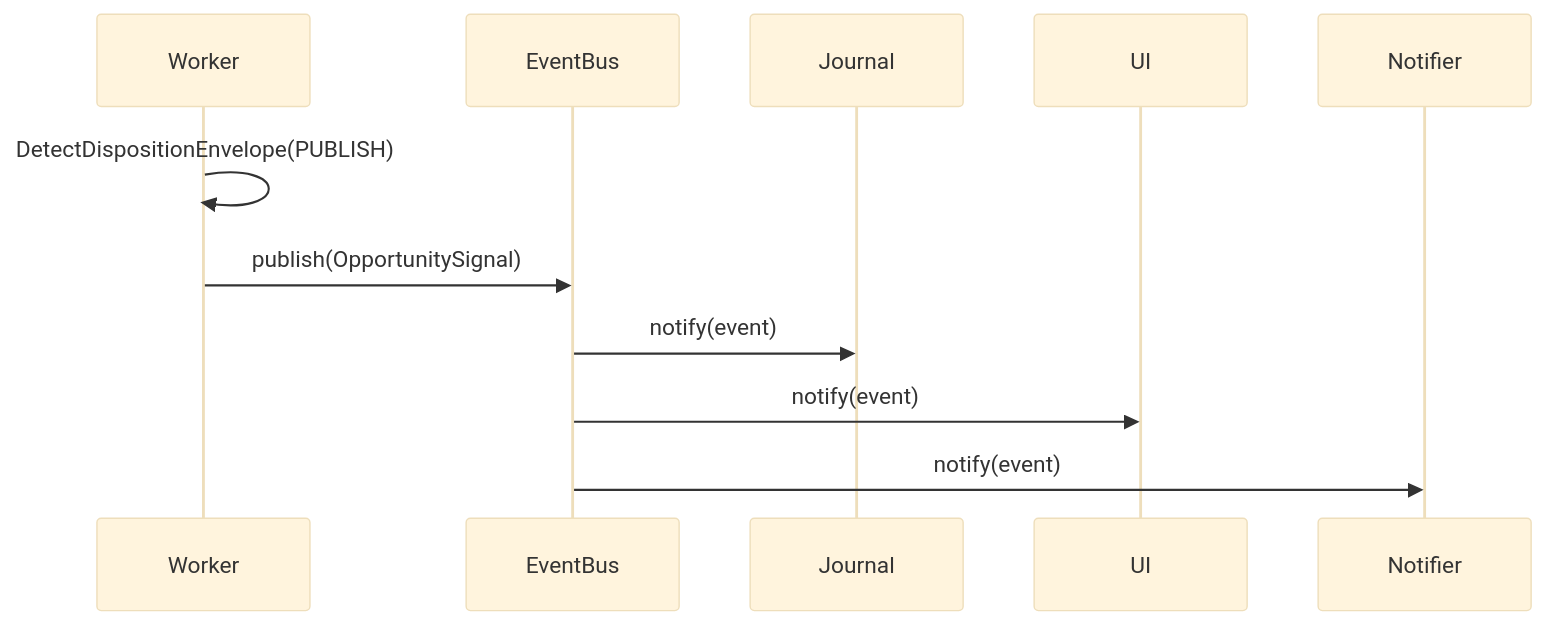
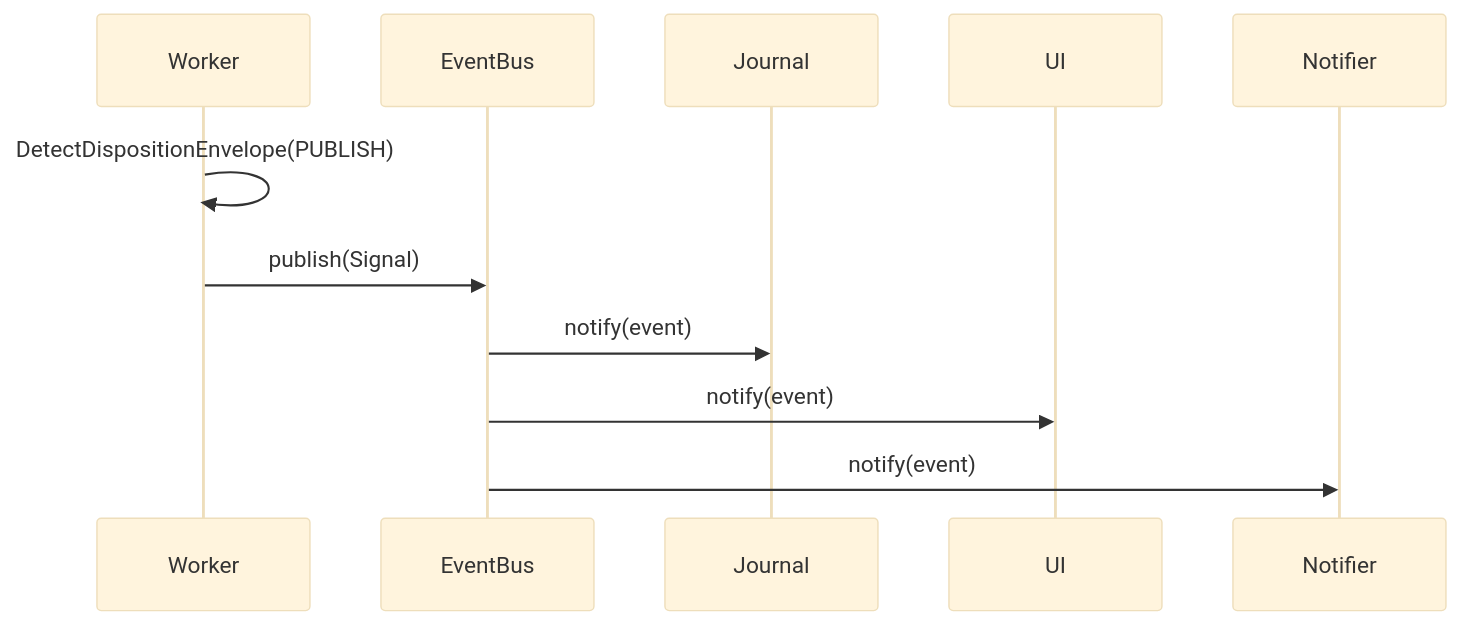
The second of 2 diagrams in docs/architecture/POINT_IN_TIME_MODEL.md (MikeyVK/S1mpleTraderV3), drawn with Mermaid (base theme) before and after one commit. The commit also changed other lines of this file and 13 other files, not shown here.

````diff
--- a/docs/architecture/POINT_IN_TIME_MODEL.md
+++ b/docs/architecture/POINT_IN_TIME_MODEL.md
@@ -135,14 +135,14 @@
 ```mermaid
 sequenceDiagram
     participant W as Worker
     participant Bus as EventBus
     participant Sub1 as Journal
     participant Sub2 as UI
     participant Sub3 as Notifier
     
     W->>W: DetectDispositionEnvelope(PUBLISH)
-    W->>Bus: publish(OpportunitySignal)
+    W->>Bus: publish(Signal)
     Bus->>Sub1: notify(event)
     Bus->>Sub2: notify(event)
     Bus->>Sub3: notify(event)
 ```
````
